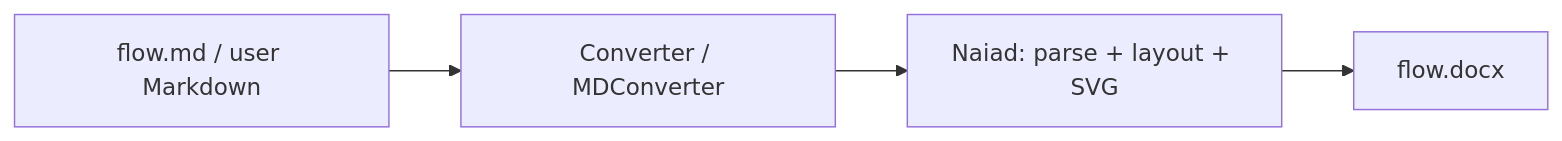
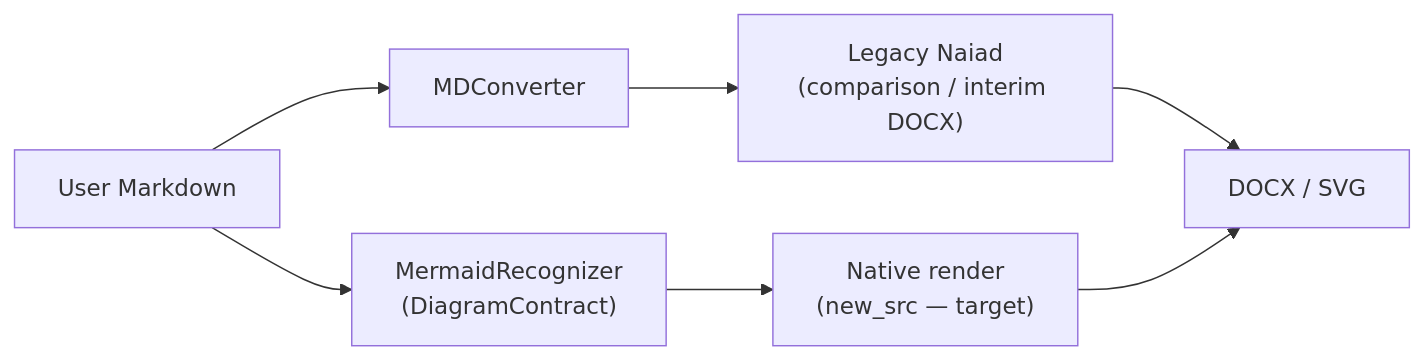
The second of 12 diagrams in spec.md (VaderConsulting/MarkdownToDocX), drawn with Mermaid before and after one commit. The commit also changed other lines of this file and 743 other files, not shown here.

First line of the commit message:
Add multi-kind recognition at L4, native flowchart render pilot, and truthfulness gates.

````diff
--- a/spec.md
+++ b/spec.md
@@ -1671,9 +2157,13 @@
 ```mermaid
 flowchart LR
-  MD["flow.md / user Markdown"]
-  CVT["Converter / MDConverter"]
-  NAI["Naiad: parse + layout + SVG"]
-  DOC["flow.docx"]
+  MD["User Markdown"]
+  CVT["MDConverter"]
+  LEG["Legacy Naiad\n(comparison / interim DOCX)"]
+  REC["MermaidRecognizer\n(DiagramContract)"]
+  NAT["Native render\n(new_src — target)"]
+  DOC["DOCX / SVG"]
 
-  MD --> CVT --> NAI --> DOC
+  MD --> CVT
+  CVT --> LEG --> DOC
+  MD --> REC --> NAT --> DOC
 ```
````
